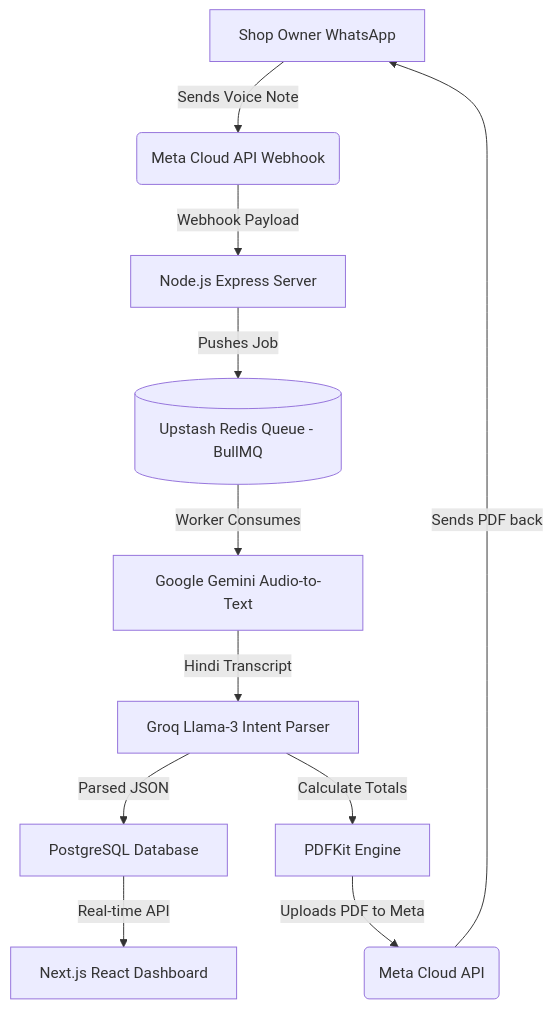
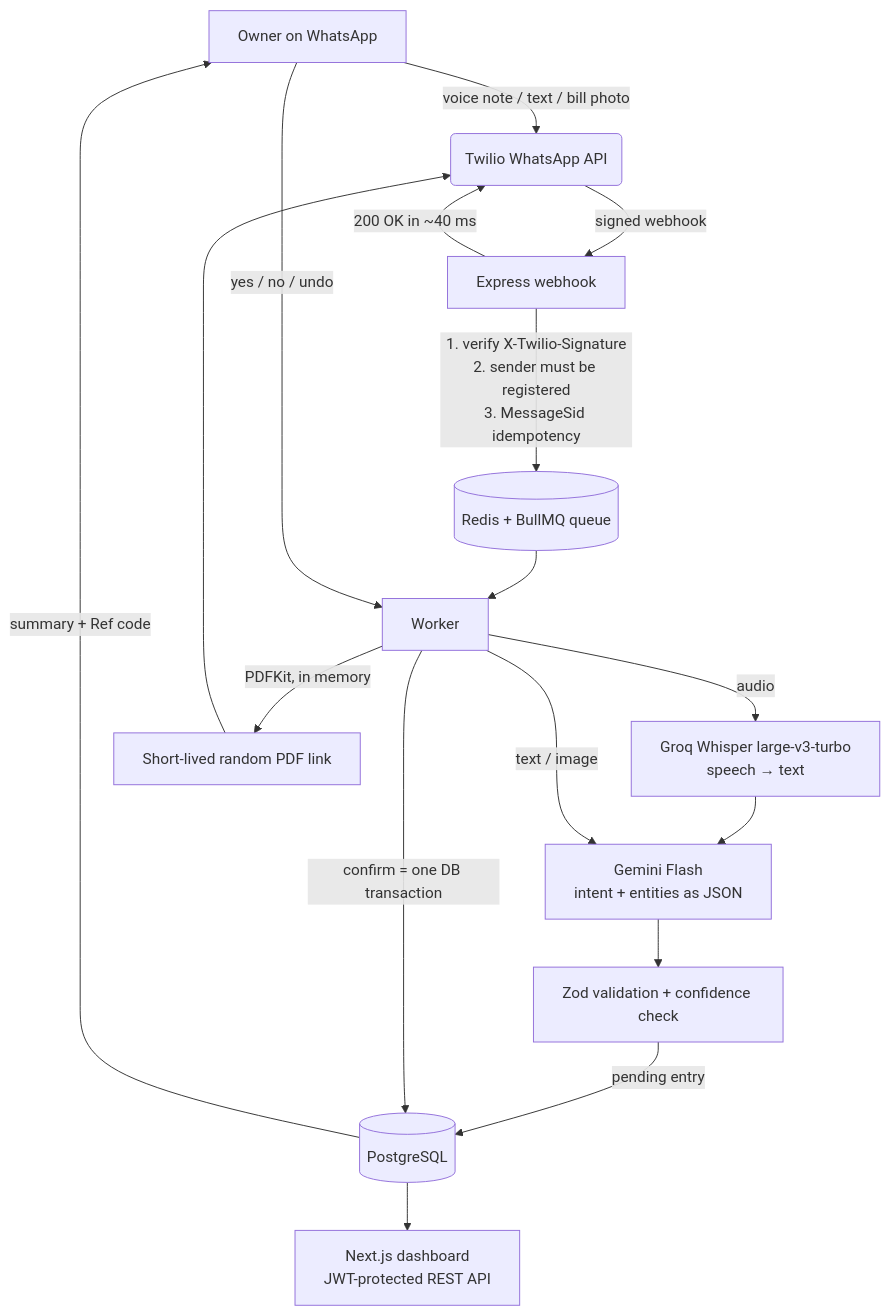
Before and after one commit to swatishah946/VoiceKhata: the diagram in README.md, drawn with Mermaid. The commit also changed other lines of this file and 3 other files, not shown here.

````diff
--- a/README.md
+++ b/README.md
@@ -37,16 +33,19 @@
 ```mermaid
 graph TD
-    A[Shop Owner WhatsApp] -->|Sends Voice Note| B(Meta Cloud API Webhook)
-    B -->|Webhook Payload| C[Node.js Express Server]
-    C -->|Pushes Job| D[(Upstash Redis Queue - BullMQ)]
-    D -->|Worker Consumes| E[Google Gemini Audio-to-Text]
-    E -->|Hindi Transcript| F[Groq Llama-3 Intent Parser]
-    
-    F -->|Parsed JSON| G[PostgreSQL Database]
-    F -->|Calculate Totals| H[PDFKit Engine]
-    
-    H -->|Uploads PDF to Meta| I(Meta Cloud API)
-    I -->|Sends PDF back| A
-    
-    G -->|Real-time API| J[Next.js React Dashboard]
+    A[Owner on WhatsApp] -->|voice note / text / bill photo| B(Twilio WhatsApp API)
+    B -->|signed webhook| C[Express webhook]
+    C -->|1. verify X-Twilio-Signature<br/>2. sender must be registered<br/>3. MessageSid idempotency| D[(Redis + BullMQ queue)]
+    C -->|200 OK in ~40 ms| B
+    D --> E[Worker]
+    E -->|audio| F[Groq Whisper large-v3-turbo<br/>speech → text]
+    F --> G[Gemini Flash<br/>intent + entities as JSON]
+    E -->|text / image| G
+    G --> H[Zod validation + confidence check]
+    H -->|pending entry| I[(PostgreSQL)]
+    I -->|summary + Ref code| A
+    A -->|"yes / no / undo"| E
+    E -->|confirm = one DB transaction| I
+    E -->|PDFKit, in memory| J[Short-lived random PDF link]
+    J --> B
+    I --> K[Next.js dashboard<br/>JWT-protected REST API]
 ```
````
